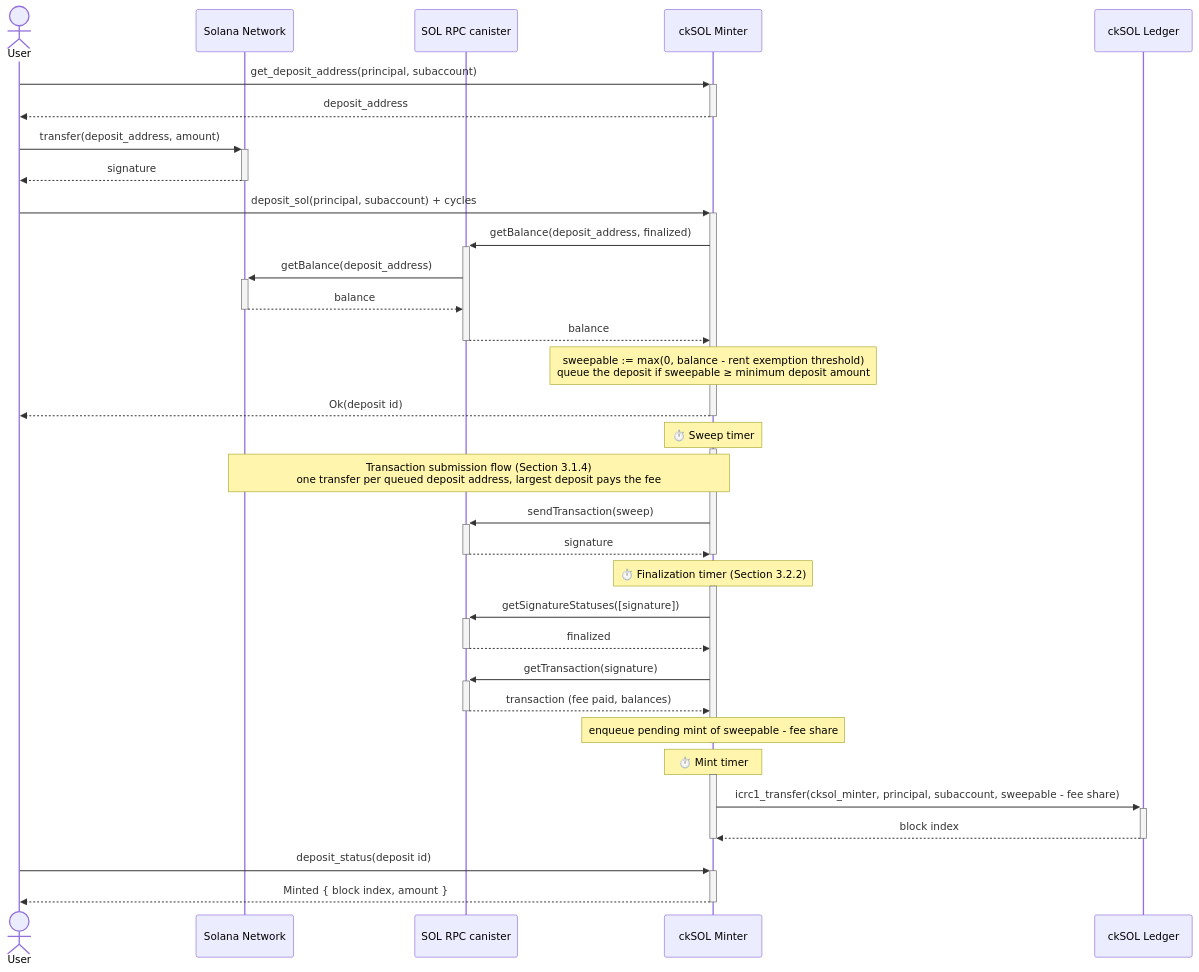
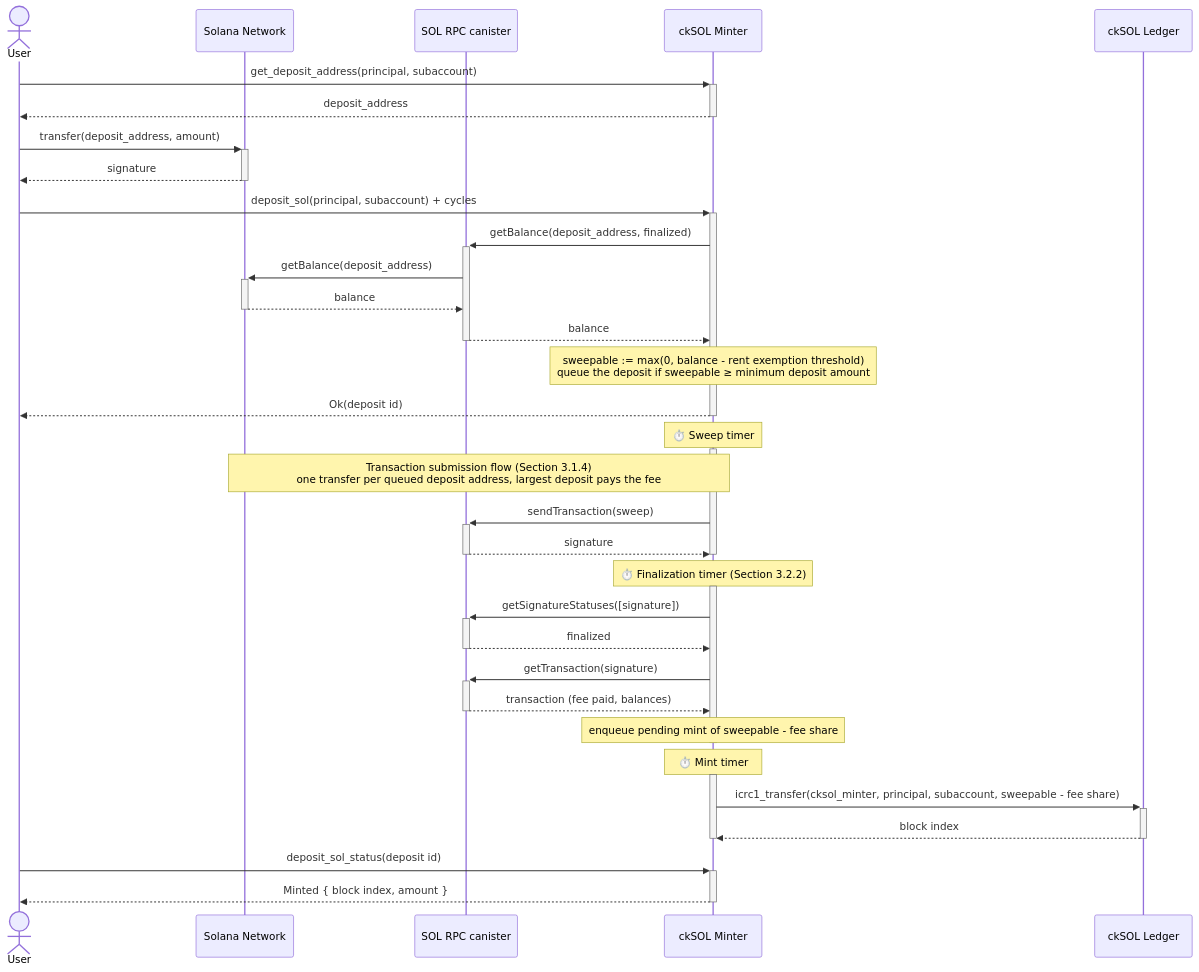
Before and after one commit to dfinity/cksol: the third of 8 diagrams in docs/design.md, drawn with Mermaid. The commit also changed other lines of this file and 8 other files, not shown here.

First line of the commit message:
refactor(minter)!: rename the status endpoints after the asset they report on

````diff
--- a/docs/design.md
+++ b/docs/design.md
@@ -329,45 +329,45 @@
 ```mermaid
 sequenceDiagram
     actor User
     participant Solana as Solana Network
     participant RPC as SOL RPC canister
     participant Minter as ckSOL Minter
     participant Ledger as ckSOL Ledger
 
     User->>+Minter: get_deposit_address(principal, subaccount)
     Minter-->>-User: deposit_address
     User->>+Solana: transfer(deposit_address, amount)
     Solana-->>-User: signature
     User->>+Minter: deposit_sol(principal, subaccount) + cycles
     Minter->>+RPC: getBalance(deposit_address, finalized)
     RPC->>+Solana: getBalance(deposit_address)
     Solana-->>-RPC: balance
     RPC-->>-Minter: balance
     Note over Minter: sweepable := max(0, balance - rent exemption threshold)<br/>queue the deposit if sweepable ≥ minimum deposit amount
     Minter-->>-User: Ok(deposit id)
 
     Note over Minter: ⏱️ Sweep timer
     activate Minter
     Note over Solana,Minter: Transaction submission flow (Section 3.1.4)<br/>one transfer per queued deposit address, largest deposit pays the fee
     Minter->>+RPC: sendTransaction(sweep)
     RPC-->>-Minter: signature
     deactivate Minter
 
     Note over Minter: ⏱️ Finalization timer (Section 3.2.2)
     activate Minter
     Minter->>+RPC: getSignatureStatuses([signature])
     RPC-->>-Minter: finalized
     Minter->>+RPC: getTransaction(signature)
     RPC-->>-Minter: transaction (fee paid, balances)
     Note over Minter: enqueue pending mint of sweepable - fee share
     deactivate Minter
 
     Note over Minter: ⏱️ Mint timer
     activate Minter
     Minter->>+Ledger: icrc1_transfer(cksol_minter, principal, subaccount, sweepable - fee share)
     Ledger-->>-Minter: block index
     deactivate Minter
 
-    User->>+Minter: deposit_status(deposit id)
+    User->>+Minter: deposit_sol_status(deposit id)
     Minter-->>-User: Minted { block index, amount }
 ```
````
